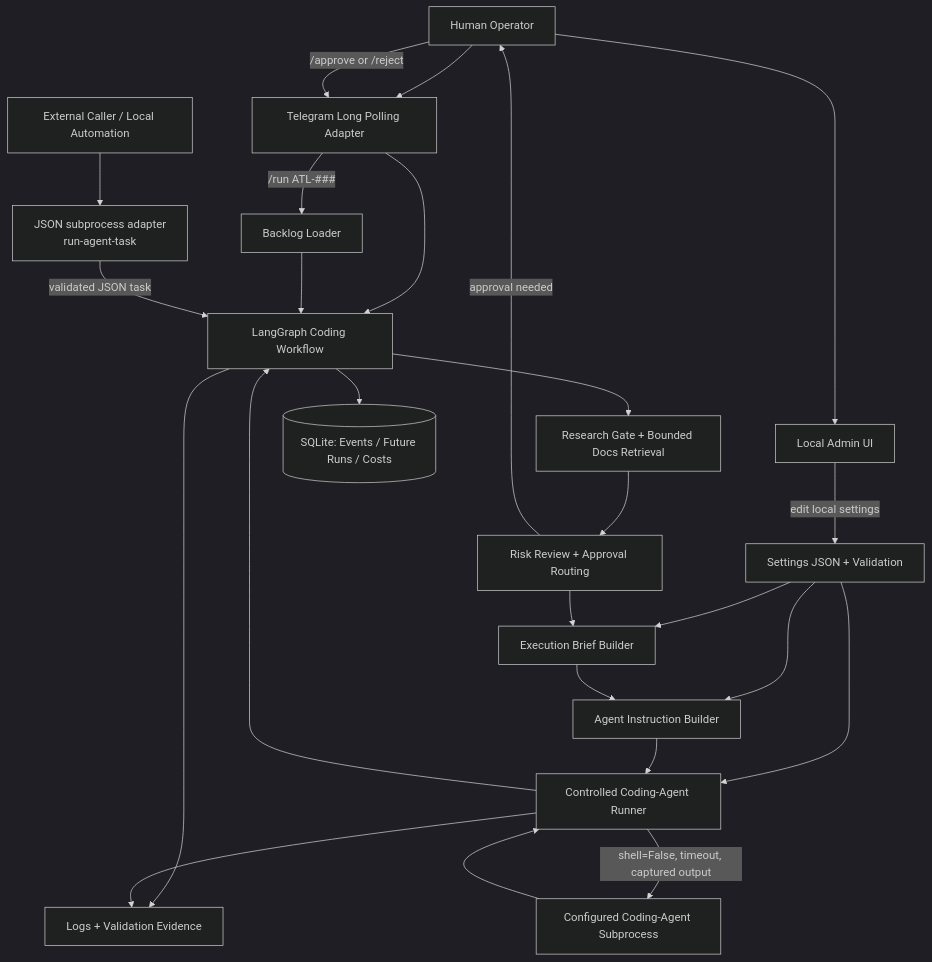
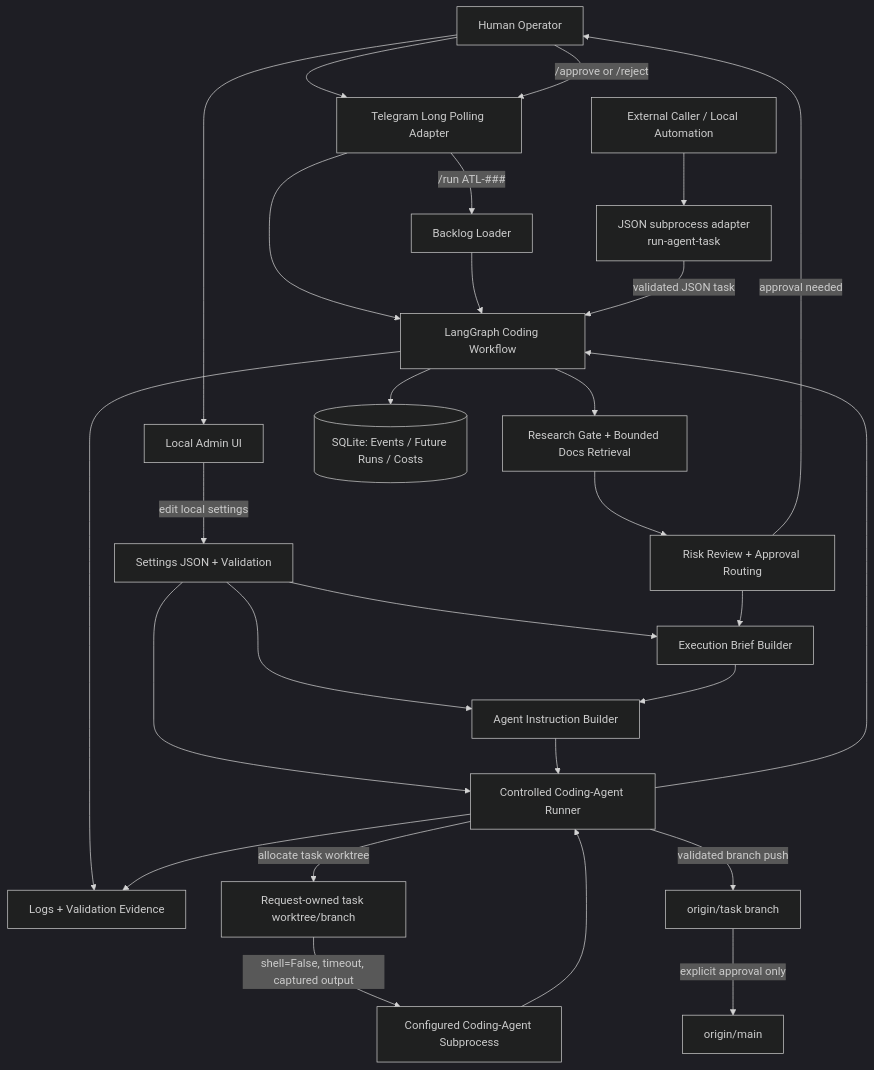
One commit to robvoto/ai-tech-lead-agent changed the diagram in docs/ARCHITECTURE.md. Above: the diagram before and after it, drawn with Mermaid (dark theme). The commit also changed other lines of this file and 13 other files, not shown here.

Commit message:
feat: enforce coding task git lifecycle

````diff
--- a/docs/ARCHITECTURE.md
+++ b/docs/ARCHITECTURE.md
@@ -19,49 +19,52 @@
 ```mermaid
 flowchart TD
     Human[Human Operator]
     Telegram[Telegram Long Polling Adapter]
     Admin[Local Admin UI]
     Caller[External Caller / Local Automation]
     CallerRunner[JSON subprocess adapter<br/>run-agent-task]
 
     Backlog[Backlog Loader]
     Settings[Settings JSON + Validation]
     Graph[LangGraph Coding Workflow]
     Research[Research Gate + Bounded Docs Retrieval]
     Risk[Risk Review + Approval Routing]
     Brief[Execution Brief Builder]
     Instruction[Agent Instruction Builder]
     Runner[Controlled Coding-Agent Runner]
     CodingAgent[Configured Coding-Agent Subprocess]
     SQLite[(SQLite: Events / Future Runs / Costs)]
     Logs[Logs + Validation Evidence]
 
     Human --> Telegram
     Human --> Admin
     Caller --> CallerRunner
 
     Telegram -->|/run ATL-###| Backlog
     Telegram --> Graph
     Backlog --> Graph
 
     Admin -->|edit local settings| Settings
     CallerRunner -->|validated JSON task| Graph
     Settings --> Brief
     Settings --> Instruction
     Settings --> Runner
 
     Graph --> Research
     Research --> Risk
     Risk -->|approval needed| Human
     Human -->|/approve or /reject| Telegram
     Risk --> Brief
     Brief --> Instruction
     Instruction --> Runner
-    Runner -->|shell=False, timeout, captured output| CodingAgent
+    Runner -->|allocate task worktree| TaskWorktree[Request-owned task worktree/branch]
+    TaskWorktree -->|shell=False, timeout, captured output| CodingAgent
     CodingAgent --> Runner
+    Runner -->|validated branch push| TaskBranch[origin/task branch]
+    TaskBranch -->|explicit approval only| Main[origin/main]
     Runner --> Graph
 
     Graph --> Logs
     Runner --> Logs
     Graph --> SQLite
 ```
````
